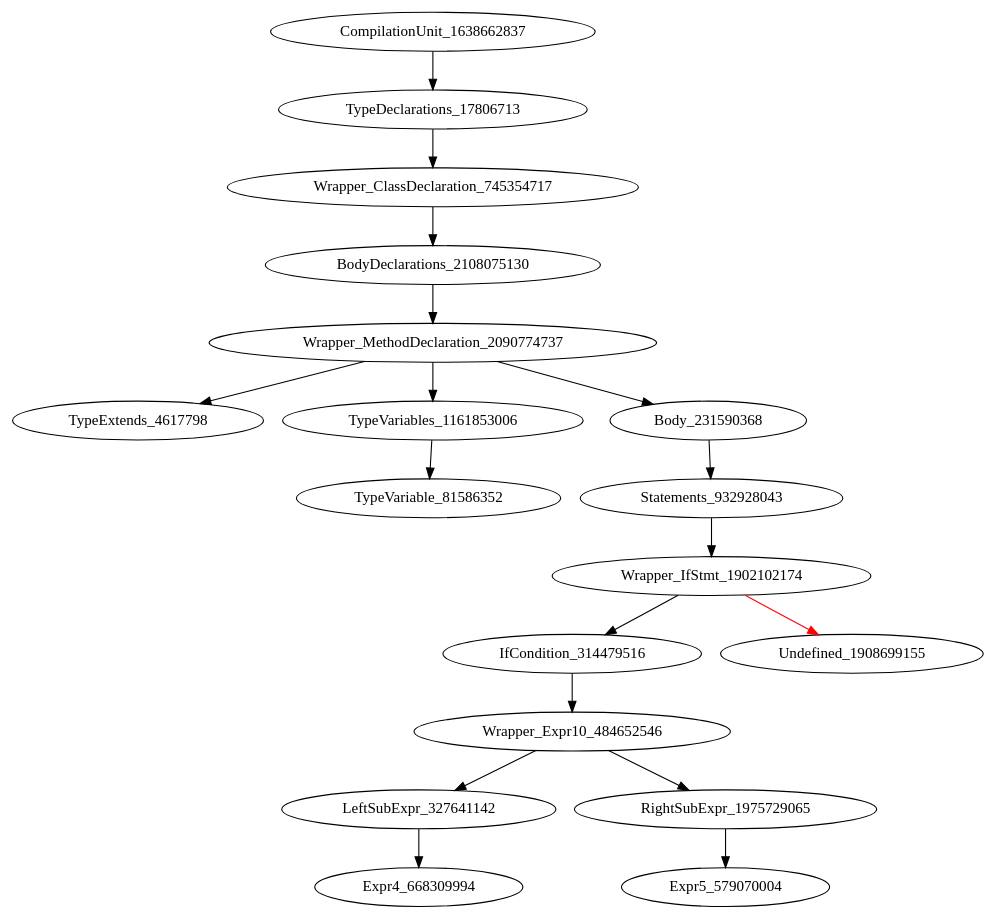
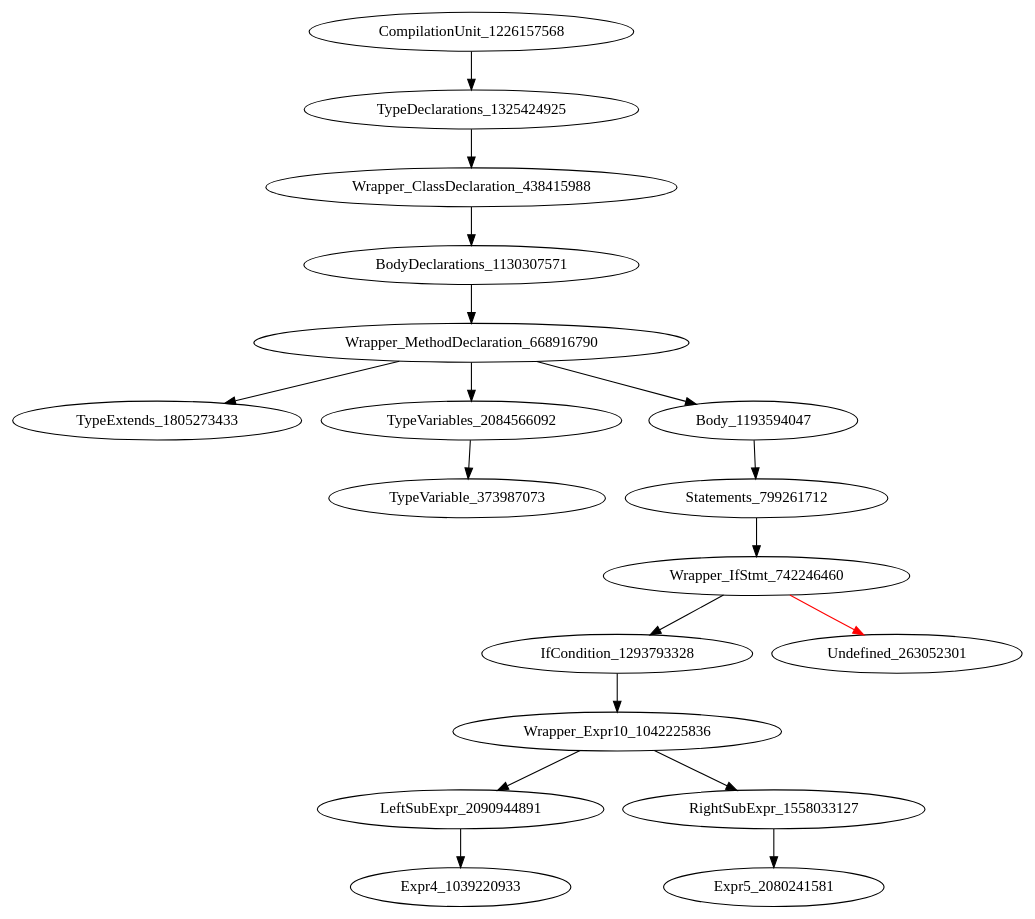
One commit to icse2023material/VoiceJava changed the diagram in holeAST.dot. Above: the diagram before and after it, drawn with Graphviz. The commit also changed 5 other files, not shown here.

```diff
--- a/holeAST.dot
+++ b/holeAST.dot
@@ -1,19 +1,19 @@
 digraph {
-CompilationUnit_1638662837 -> TypeDeclarations_17806713
-TypeDeclarations_17806713 -> Wrapper_ClassDeclaration_745354717
-Wrapper_ClassDeclaration_745354717 -> BodyDeclarations_2108075130
-BodyDeclarations_2108075130 -> Wrapper_MethodDeclaration_2090774737
-Wrapper_MethodDeclaration_2090774737 -> TypeExtends_4617798
-Wrapper_MethodDeclaration_2090774737 -> TypeVariables_1161853006
-Wrapper_MethodDeclaration_2090774737 -> Body_231590368
-TypeVariables_1161853006 -> TypeVariable_81586352
-Body_231590368 -> Statements_932928043
-Statements_932928043 -> Wrapper_IfStmt_1902102174
-Wrapper_IfStmt_1902102174 -> IfCondition_314479516
-Wrapper_IfStmt_1902102174 -> Undefined_1908699155 [color = red] 
-IfCondition_314479516 -> Wrapper_Expr10_484652546
-Wrapper_Expr10_484652546 -> LeftSubExpr_327641142
-Wrapper_Expr10_484652546 -> RightSubExpr_1975729065
-LeftSubExpr_327641142 -> Expr4_668309994
-RightSubExpr_1975729065 -> Expr5_579070004
+CompilationUnit_1226157568 -> TypeDeclarations_1325424925
+TypeDeclarations_1325424925 -> Wrapper_ClassDeclaration_438415988
+Wrapper_ClassDeclaration_438415988 -> BodyDeclarations_1130307571
+BodyDeclarations_1130307571 -> Wrapper_MethodDeclaration_668916790
+Wrapper_MethodDeclaration_668916790 -> TypeExtends_1805273433
+Wrapper_MethodDeclaration_668916790 -> TypeVariables_2084566092
+Wrapper_MethodDeclaration_668916790 -> Body_1193594047
+TypeVariables_2084566092 -> TypeVariable_373987073
+Body_1193594047 -> Statements_799261712
+Statements_799261712 -> Wrapper_IfStmt_742246460
+Wrapper_IfStmt_742246460 -> IfCondition_1293793328
+Wrapper_IfStmt_742246460 -> Undefined_263052301 [color = red] 
+IfCondition_1293793328 -> Wrapper_Expr10_1042225836
+Wrapper_Expr10_1042225836 -> LeftSubExpr_2090944891
+Wrapper_Expr10_1042225836 -> RightSubExpr_1558033127
+LeftSubExpr_2090944891 -> Expr4_1039220933
+RightSubExpr_1558033127 -> Expr5_2080241581
 }
```
